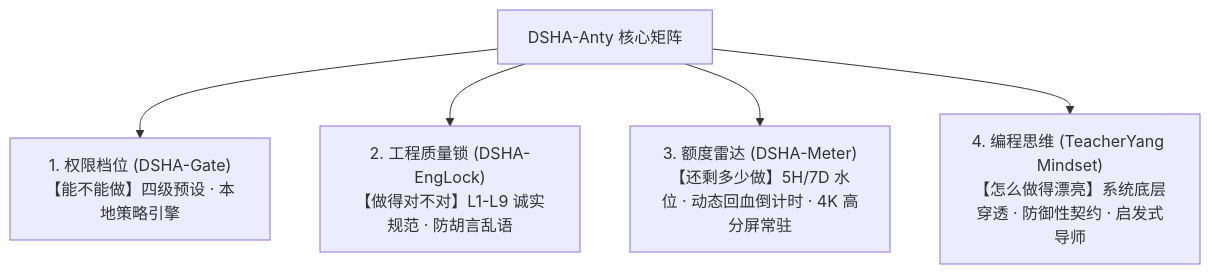
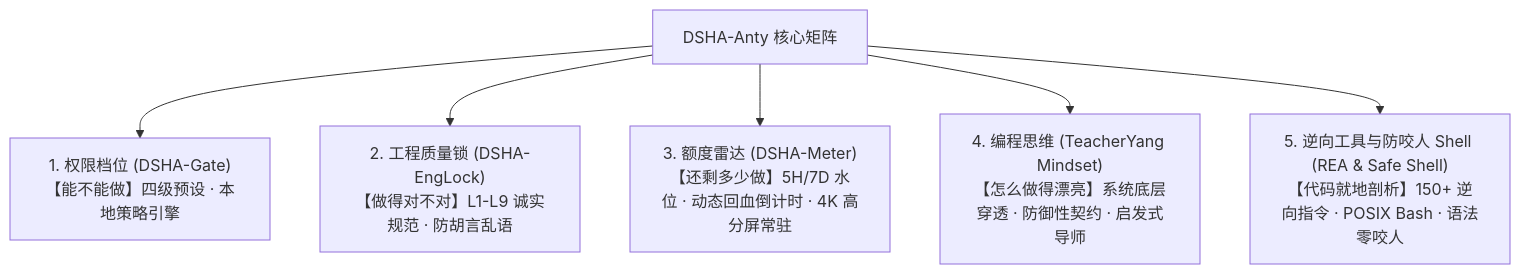
Before and after one commit to yanyu03/DSHA-Anty: the diagram in README.md, drawn with Mermaid. The commit also changed other lines of this file and 1752 other files, not shown here.

Commit message:
feat: integrate REA reverse engineering tools and parenthesis-safe shell environment

````diff
--- a/README.md
+++ b/README.md
@@ -10,7 +10,8 @@
 ```mermaid
 graph TD
     Root["DSHA-Anty 核心矩阵"] --> Gate["1. 权限档位 (DSHA-Gate)<br>【能不能做】四级预设 · 本地策略引擎"]
     Root --> Lock["2. 工程质量锁 (DSHA-EngLock)<br>【做得对不对】L1-L9 诚实规范 · 防胡言乱语"]
     Root --> Meter["3. 额度雷达 (DSHA-Meter)<br>【还剩多少做】5H/7D 水位 · 动态回血倒计时 · 4K 高分屏常驻"]
     Root --> TY["4. 编程思维 (TeacherYang Mindset)<br>【怎么做得漂亮】系统底层穿透 · 防御性契约 · 启发式导师"]
+    Root --> REA["5. 逆向工具与防咬人 Shell (REA & Safe Shell)<br>【代码就地剖析】150+ 逆向指令 · POSIX Bash · 语法零咬人"]
 ```
````
